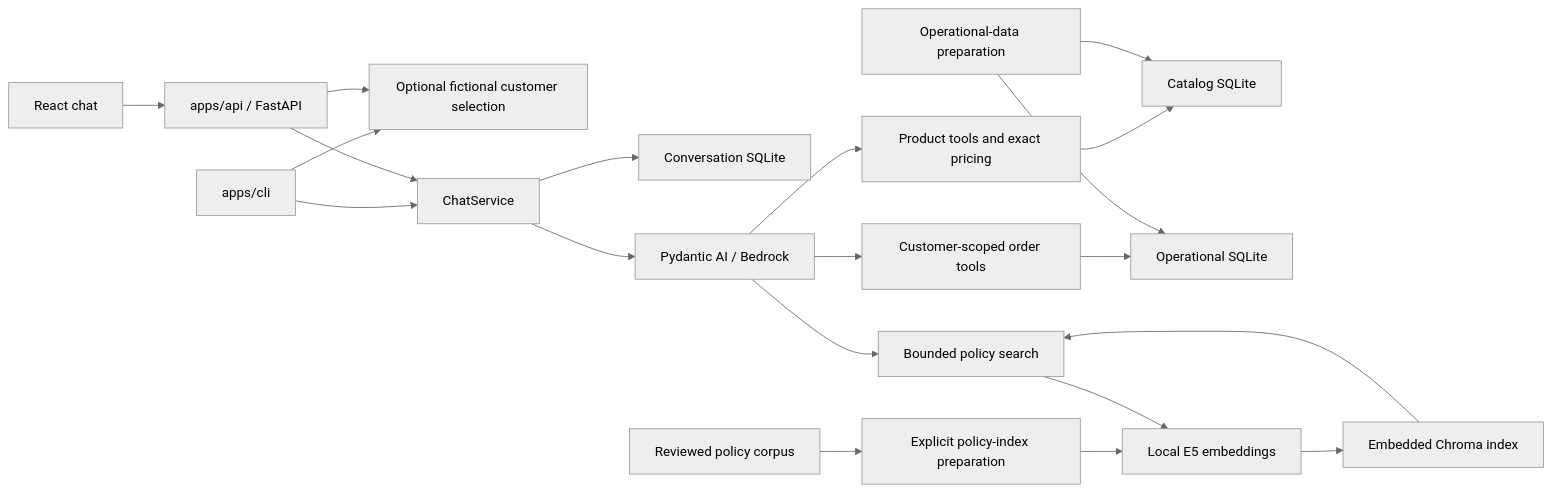
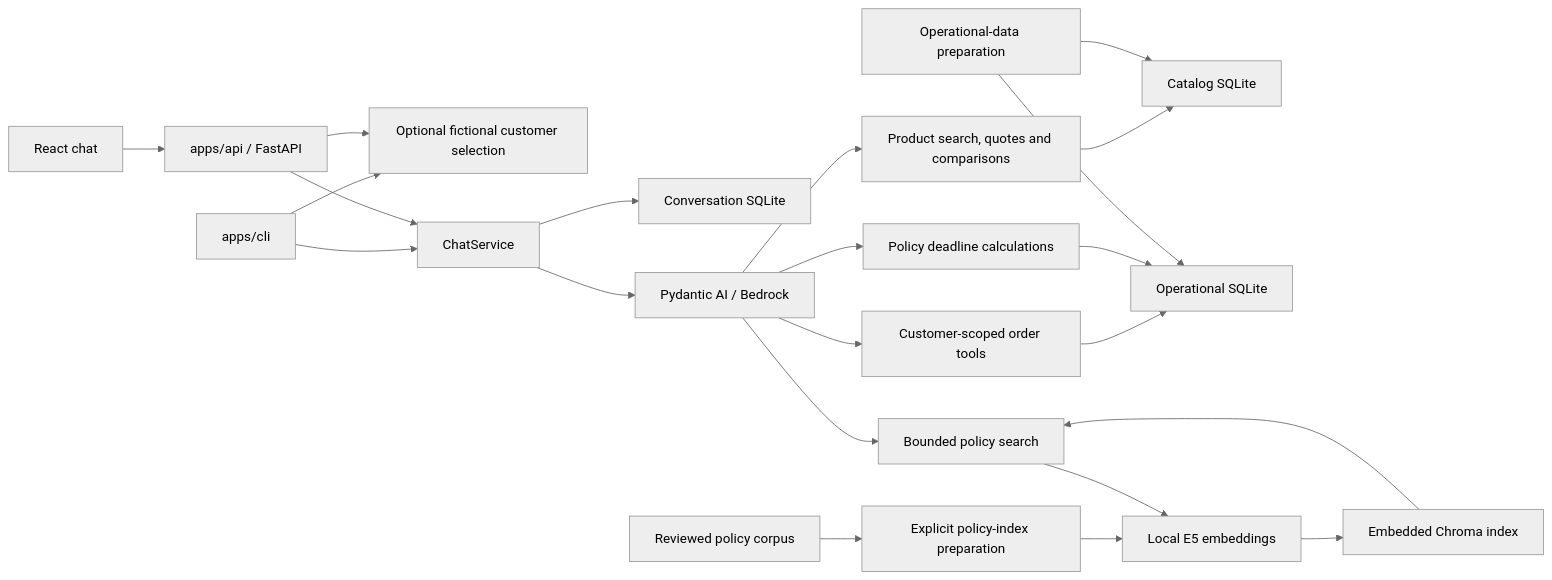
The diagram in docs/architecture.md (rafaself/atf-ai-engineer-challenge), drawn with Mermaid (neutral theme) before and after one commit. The commit also changed other lines of this file and 22 other files, not shown here.

First line of the commit message:
feat(quotes): add quote and deadline tools

````diff
--- a/docs/architecture.md
+++ b/docs/architecture.md
@@ -11,22 +11,24 @@
 ```mermaid
 flowchart LR
     React[React chat] --> HTTP
     CLI[apps/cli] --> Selection
     CLI --> Chat
     HTTP[apps/api / FastAPI] --> Selection[Optional fictional customer selection]
     HTTP --> Chat[ChatService]
     Chat --> History[Conversation SQLite]
     Chat --> Agent[Pydantic AI / Bedrock]
-    Agent --> Products[Product tools and exact pricing]
+    Agent --> Products[Product search, quotes and comparisons]
     Agent --> Orders[Customer-scoped order tools]
+    Agent --> Deadlines[Policy deadline calculations]
     Agent --> Policy[Bounded policy search]
     Products --> Catalog[Catalog SQLite]
     Orders --> Operations[Operational SQLite]
+    Deadlines --> Operations
     Corpus[Reviewed policy corpus] --> IndexBuild[Explicit policy-index preparation]
     IndexBuild --> E5[Local E5 embeddings]
     Policy --> E5
     E5 --> Chroma[Embedded Chroma index]
     Chroma --> Policy
     Prepare[Operational-data preparation] --> Catalog
     Prepare --> Operations
 ```
````
